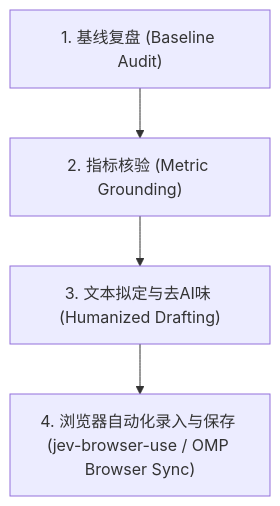
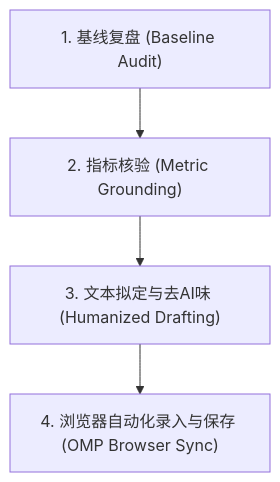
Before and after one commit to suainam/mac-bootstrap-template: the diagram in agent-skills/local/product-strategy/hpm-performance-review/SKILL.md, drawn with Mermaid. The commit also changed other lines of this file and 42 other files, not shown here.

First line of the commit message:
feat(browser): replace jev-browser-use with agent-browser (Vercel Labs, 44.2k★)

````diff
--- a/agent-skills/local/product-strategy/hpm-performance-review/SKILL.md
+++ b/agent-skills/local/product-strategy/hpm-performance-review/SKILL.md
@@ -40,6 +40,6 @@
 ```mermaid
 flowchart TD
     S1["1. 基线复盘 (Baseline Audit)"] --> S2["2. 指标核验 (Metric Grounding)"]
     S2 --> S3["3. 文本拟定与去AI味 (Humanized Drafting)"]
-    S3 --> S4["4. 浏览器自动化录入与保存 (jev-browser-use / OMP Browser Sync)"]
+    S3 --> S4["4. 浏览器自动化录入与保存 (OMP Browser Sync)"]
 ```
````
